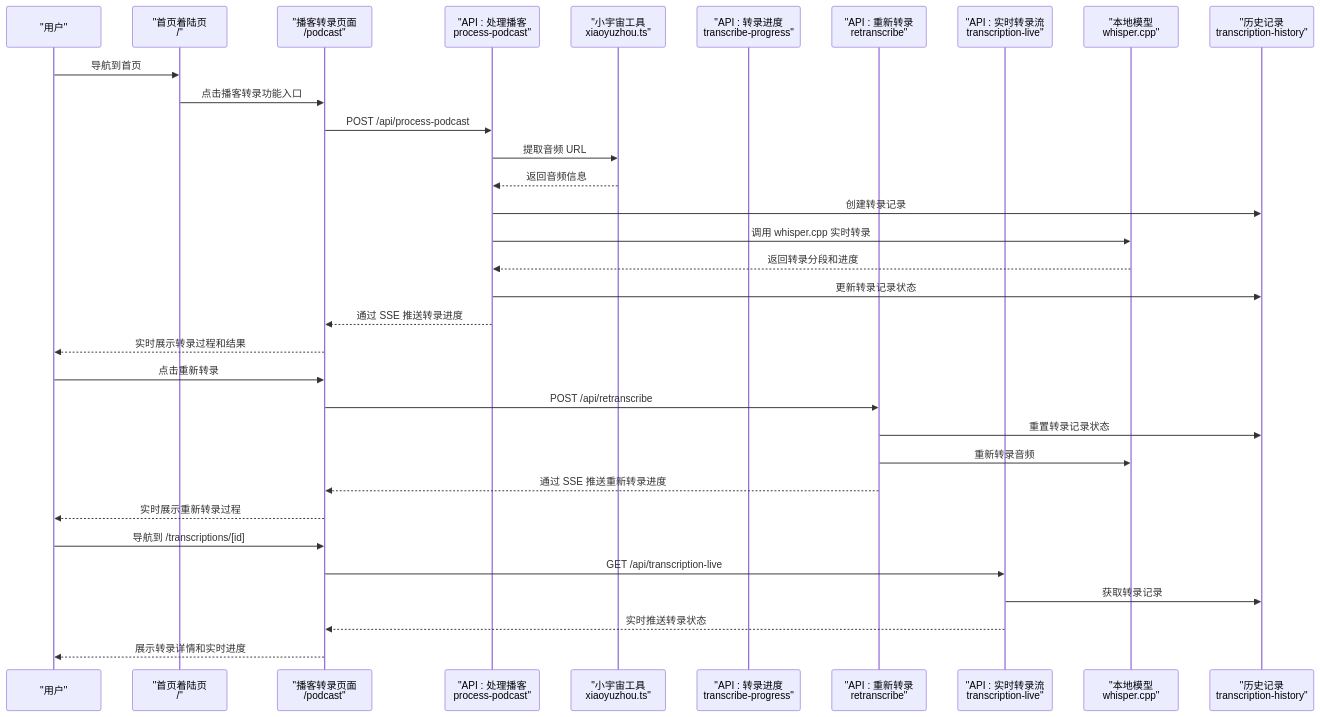
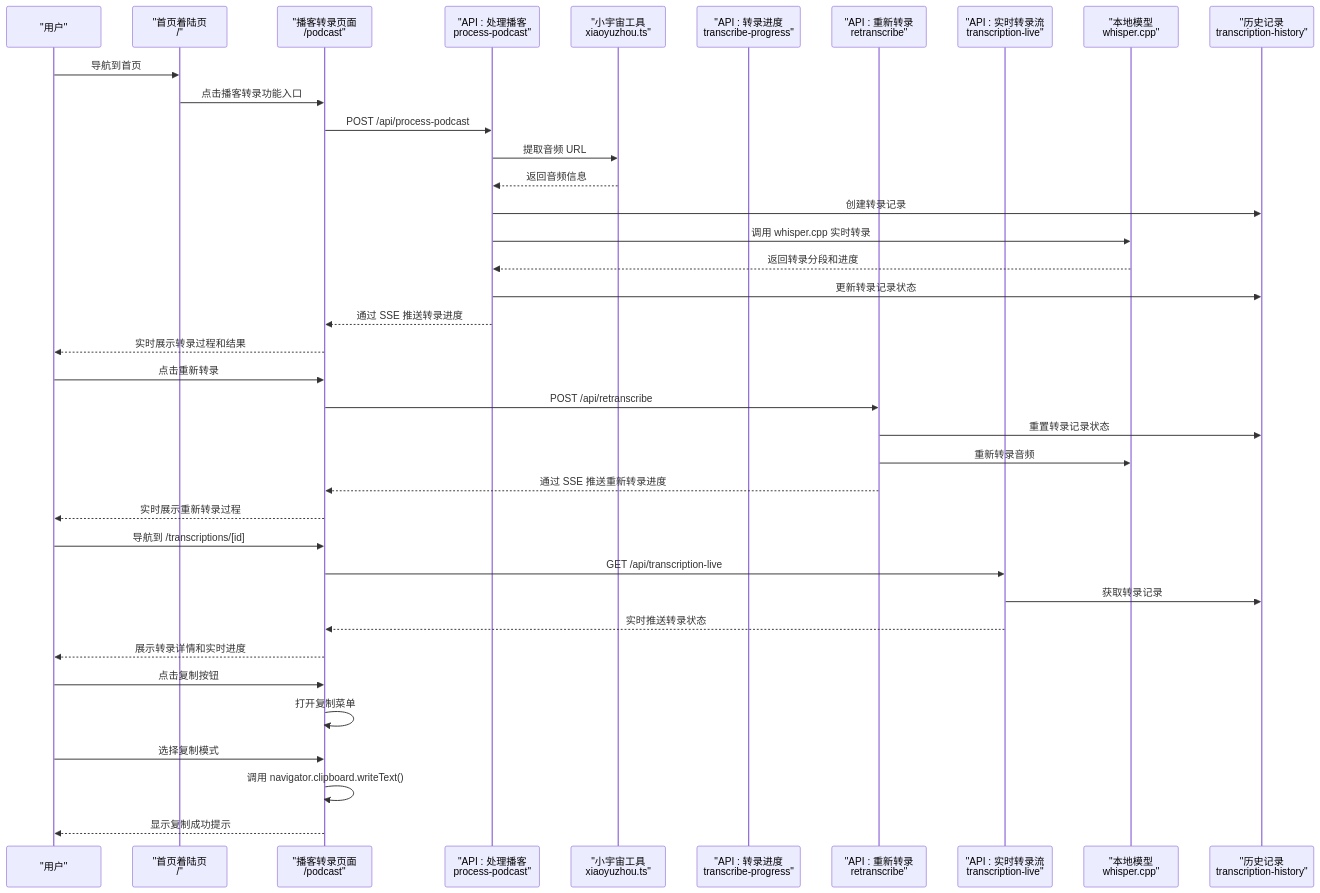
One commit to clawbotai/memo-flow changed the second of 19 diagrams in .qoder/repowiki/zh/content/核心功能模块/播客转录功能.md. Above: the diagram before and after it, drawn with Mermaid. The commit also changed other lines of this file and 4 other files, not shown here.

````diff
--- a/.qoder/repowiki/zh/content/核心功能模块/播客转录功能.md
+++ b/.qoder/repowiki/zh/content/核心功能模块/播客转录功能.md
@@ -155,35 +157,40 @@
 ```mermaid
 sequenceDiagram
 participant U as "用户"
 participant H as "首页着陆页<br/>/"
 participant F as "播客转录页面<br/>/podcast"
 participant A1 as "API : 处理播客<br/>process-podcast"
 participant L1 as "小宇宙工具<br/>xiaoyuzhou.ts"
 participant A2 as "API : 转录进度<br/>transcribe-progress"
 participant A3 as "API : 重新转录<br/>retranscribe"
 participant A4 as "API : 实时转录流<br/>transcription-live"
 participant W as "本地模型<br/>whisper.cpp"
 participant H2 as "历史记录<br/>transcription-history"
 U->>H : 导航到首页
 H->>F : 点击播客转录功能入口
 F->>A1 : POST /api/process-podcast
 A1->>L1 : 提取音频 URL
 L1-->>A1 : 返回音频信息
 A1->>H2 : 创建转录记录
 A1->>W : 调用 whisper.cpp 实时转录
 W-->>A1 : 返回转录分段和进度
 A1->>H2 : 更新转录记录状态
 A1-->>F : 通过 SSE 推送转录进度
 F-->>U : 实时展示转录过程和结果
 U->>F : 点击重新转录
 F->>A3 : POST /api/retranscribe
 A3->>H2 : 重置转录记录状态
 A3->>W : 重新转录音频
 A3-->>F : 通过 SSE 推送重新转录进度
 F-->>U : 实时展示重新转录过程
 U->>F : 导航到 /transcriptions/[id]
 F->>A4 : GET /api/transcription-live
 A4->>H2 : 获取转录记录
 A4-->>F : 实时推送转录状态
 F-->>U : 展示转录详情和实时进度
+U->>F : 点击复制按钮
+F->>F : 打开复制菜单
+U->>F : 选择复制模式
+F->>F : 调用 navigator.clipboard.writeText()
+F-->>U : 显示复制成功提示
 ```
````
